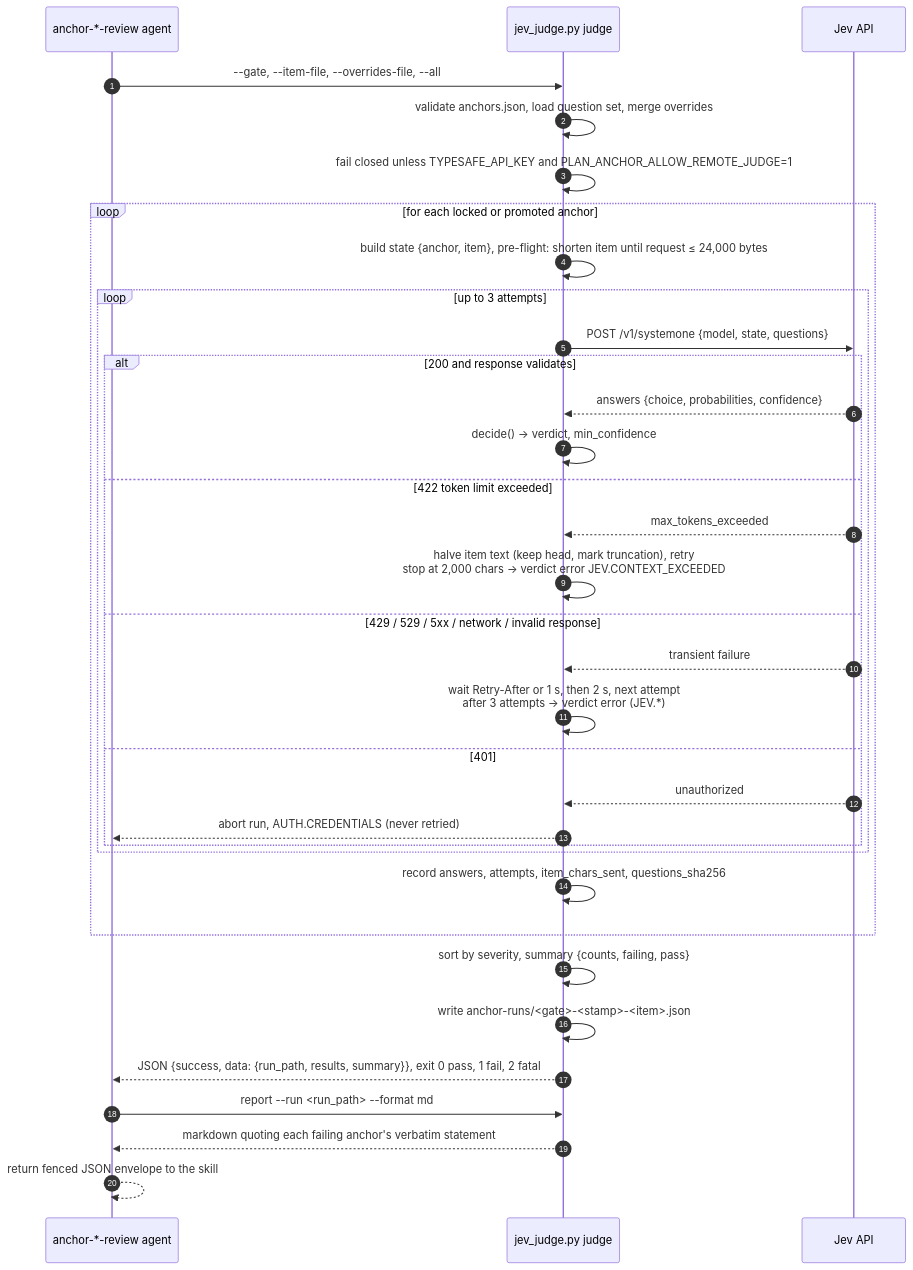
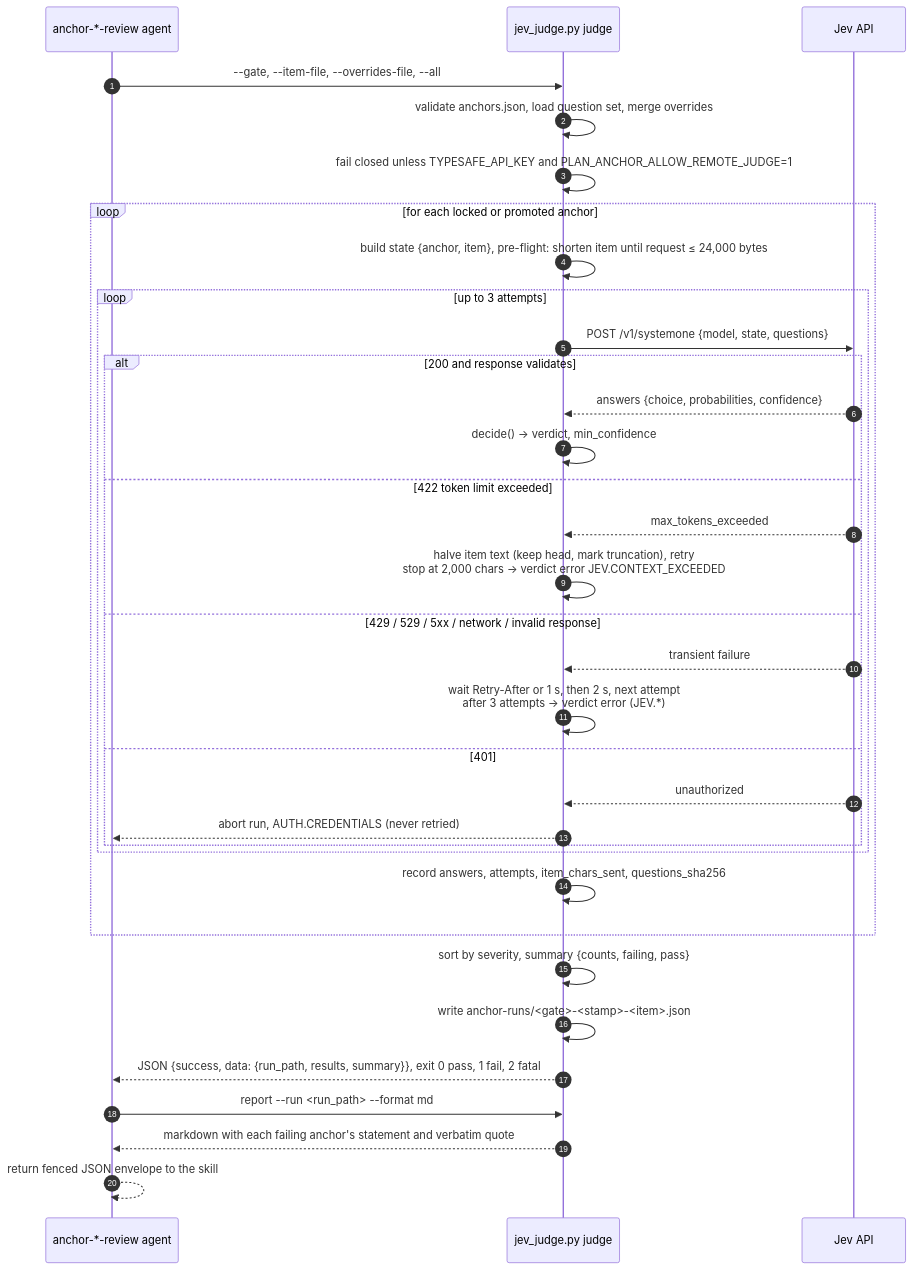
The fourth of 5 diagrams in docs/design/architecture-and-call-graphs.md (ehrvs/plan-anchor), drawn with Mermaid before and after one commit. The commit also changed other lines of this file and 3 other files, not shown here.

````diff
--- a/docs/design/architecture-and-call-graphs.md
+++ b/docs/design/architecture-and-call-graphs.md
@@ -154,39 +160,39 @@
 ```mermaid
 sequenceDiagram
     autonumber
     participant Ag as anchor-*-review agent
     participant S as jev_judge.py judge
     participant J as Jev API
 
     Ag->>S: --gate, --item-file, --overrides-file, --all
     S->>S: validate anchors.json, load question set, merge overrides
     S->>S: fail closed unless TYPESAFE_API_KEY and PLAN_ANCHOR_ALLOW_REMOTE_JUDGE=1
 
     loop for each locked or promoted anchor
         S->>S: build state {anchor, item}, pre-flight: shorten item until request ≤ 24,000 bytes
         loop up to 3 attempts
             S->>J: POST /v1/systemone {model, state, questions}
             alt 200 and response validates
                 J-->>S: answers {choice, probabilities, confidence}
                 S->>S: decide() → verdict, min_confidence
             else 422 token limit exceeded
                 J-->>S: max_tokens_exceeded
                 S->>S: halve item text (keep head, mark truncation), retry<br/>stop at 2,000 chars → verdict error JEV.CONTEXT_EXCEEDED
             else 429 / 529 / 5xx / network / invalid response
                 J-->>S: transient failure
                 S->>S: wait Retry-After or 1 s, then 2 s, next attempt<br/>after 3 attempts → verdict error (JEV.*)
             else 401
                 J-->>S: unauthorized
                 S-->>Ag: abort run, AUTH.CREDENTIALS (never retried)
             end
         end
         S->>S: record answers, attempts, item_chars_sent, questions_sha256
     end
 
     S->>S: sort by severity, summary {counts, failing, pass}
     S->>S: write anchor-runs/<gate>-<stamp>-<item>.json
     S-->>Ag: JSON {success, data: {run_path, results, summary}}, exit 0 pass, 1 fail, 2 fatal
     Ag->>S: report --run <run_path> --format md
-    S-->>Ag: markdown quoting each failing anchor's verbatim statement
+    S-->>Ag: markdown with each failing anchor's statement and verbatim quote
     Ag-->>Ag: return fenced JSON envelope to the skill
 ```
````
